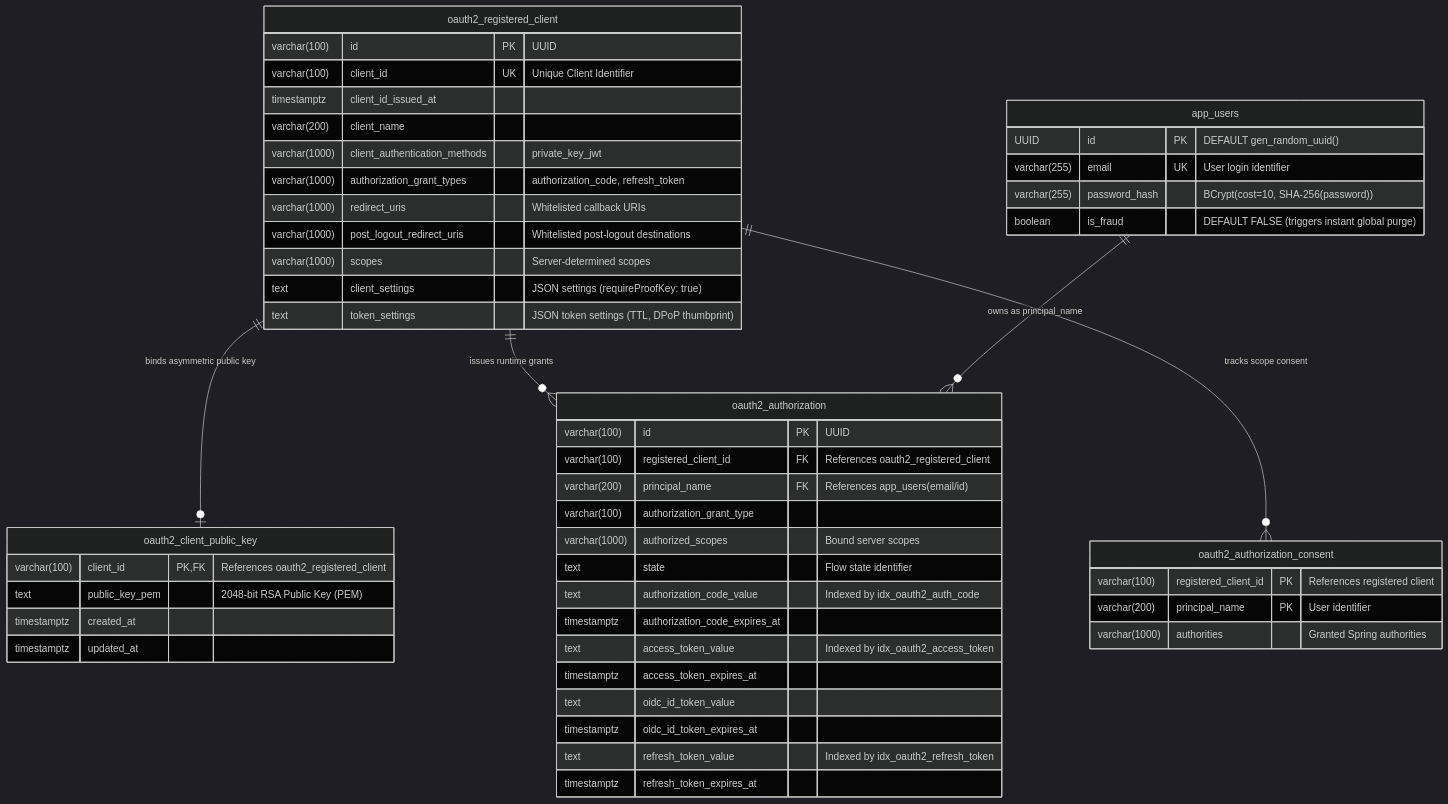
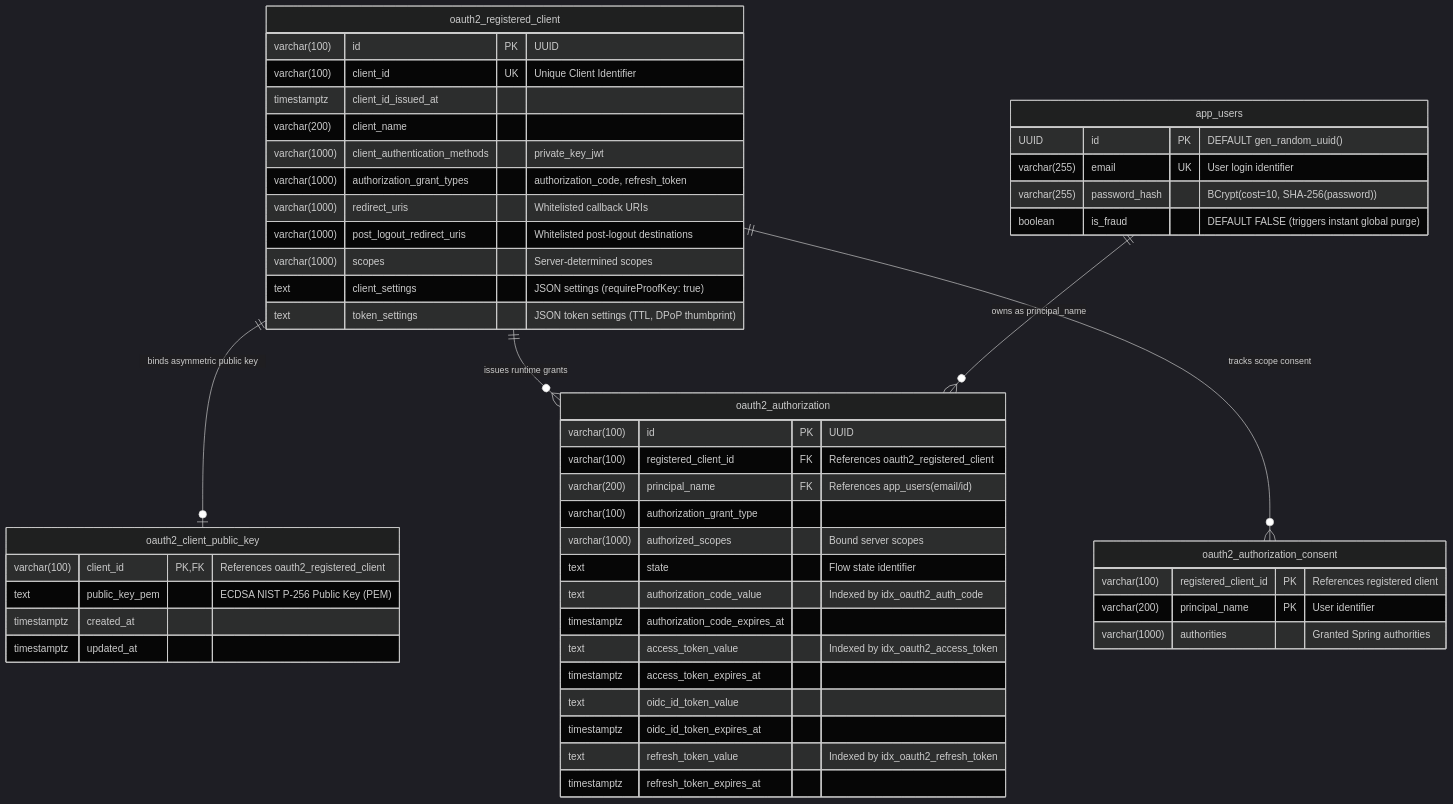
Before and after one commit to shoeyn/oauth-server: the sixth of 7 diagrams in README.md, drawn with Mermaid (dark theme). The commit also changed other lines of this file and 48 other files, not shown here.

````diff
--- a/README.md
+++ b/README.md
@@ -317,58 +551,58 @@
 ```mermaid
 erDiagram
     oauth2_registered_client ||--o| oauth2_client_public_key : "binds asymmetric public key"
     oauth2_registered_client ||--o{ oauth2_authorization : "issues runtime grants"
     oauth2_registered_client ||--o{ oauth2_authorization_consent : "tracks scope consent"
     app_users ||--o{ oauth2_authorization : "owns as principal_name"
 
     oauth2_registered_client {
         varchar(100) id PK "UUID"
         varchar(100) client_id UK "Unique Client Identifier"
         timestamptz client_id_issued_at
         varchar(200) client_name
         varchar(1000) client_authentication_methods "private_key_jwt"
         varchar(1000) authorization_grant_types "authorization_code, refresh_token"
         varchar(1000) redirect_uris "Whitelisted callback URIs"
         varchar(1000) post_logout_redirect_uris "Whitelisted post-logout destinations"
         varchar(1000) scopes "Server-determined scopes"
         text client_settings "JSON settings (requireProofKey: true)"
         text token_settings "JSON token settings (TTL, DPoP thumbprint)"
     }
 
     oauth2_client_public_key {
         varchar(100) client_id PK, FK "References oauth2_registered_client"
-        text public_key_pem "2048-bit RSA Public Key (PEM)"
+        text public_key_pem "ECDSA NIST P-256 Public Key (PEM)"
         timestamptz created_at
         timestamptz updated_at
     }
 
     oauth2_authorization {
         varchar(100) id PK "UUID"
         varchar(100) registered_client_id FK "References oauth2_registered_client"
         varchar(200) principal_name FK "References app_users(email/id)"
         varchar(100) authorization_grant_type
         varchar(1000) authorized_scopes "Bound server scopes"
         text state "Flow state identifier"
         text authorization_code_value "Indexed by idx_oauth2_auth_code"
         timestamptz authorization_code_expires_at
         text access_token_value "Indexed by idx_oauth2_access_token"
         timestamptz access_token_expires_at
         text oidc_id_token_value
         timestamptz oidc_id_token_expires_at
         text refresh_token_value "Indexed by idx_oauth2_refresh_token"
         timestamptz refresh_token_expires_at
     }
 
     oauth2_authorization_consent {
         varchar(100) registered_client_id PK "References registered client"
         varchar(200) principal_name PK "User identifier"
         varchar(1000) authorities "Granted Spring authorities"
     }
 
     app_users {
         UUID id PK "DEFAULT gen_random_uuid()"
         varchar(255) email UK "User login identifier"
         varchar(255) password_hash "BCrypt(cost=10, SHA-256(password))"
         boolean is_fraud "DEFAULT FALSE (triggers instant global purge)"
     }
 ```
````
